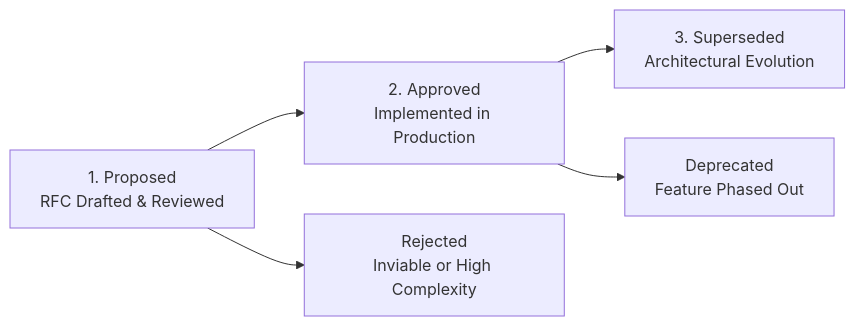
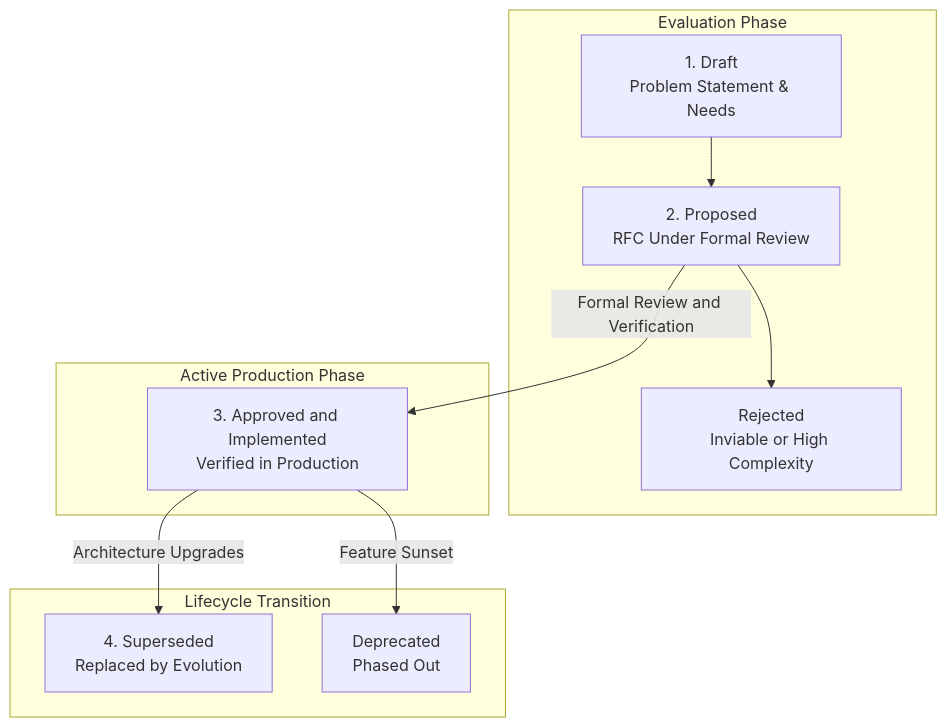
Before and after one commit to parth9218/Document-Intelligence-Platform: the second of 2 diagrams in docs-site/docs/design-decisions/index.md, drawn with Mermaid. The commit also changed other lines of this file and 4 other files, not shown here.

Commit message:
fix(docs): fixed the diagrams not showing properly, and mermaid syntax errors.

````diff
--- a/docs-site/docs/design-decisions/index.md
+++ b/docs-site/docs/design-decisions/index.md
@@ -93,7 +93,20 @@
 ```mermaid
-flowchart LR
-    Proposed["1. Proposed<br/>RFC Drafted & Reviewed"] --> Approved["2. Approved<br/>Implemented in Production"]
-    Proposed --> Rejected["Rejected<br/>Inviable or High Complexity"]
-    Approved --> Superseded["3. Superseded<br/>Architectural Evolution"]
-    Approved --> Deprecated["Deprecated<br/>Feature Phased Out"]
+flowchart TD
+    subgraph EvaluationPhase ["Evaluation Phase"]
+        Draft["1. Draft<br/>Problem Statement & Needs"] --> Proposed["2. Proposed<br/>RFC Under Formal Review"]
+        Proposed --> Rejected["Rejected<br/>Inviable or High Complexity"]
+    end
+
+    subgraph ProductionPhase ["Active Production Phase"]
+        Approved["3. Approved and Implemented<br/>Verified in Production"]
+    end
+
+    subgraph HistoricalPhase ["Lifecycle Transition"]
+        Superseded["4. Superseded<br/>Replaced by Evolution"]
+        Deprecated["Deprecated<br/>Phased Out"]
+    end
+
+    Proposed -->|Formal Review and Verification| Approved
+    Approved -->|Architecture Upgrades| Superseded
+    Approved -->|Feature Sunset| Deprecated
 ```
````
